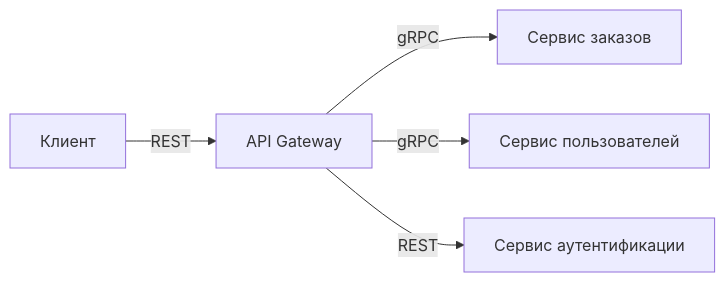
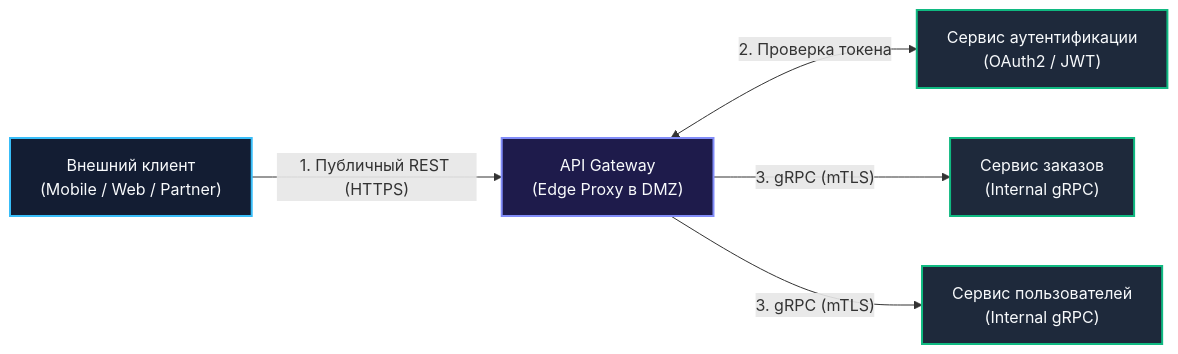
Before and after one commit to UnrealTemplier/go-textbook: the first of 2 diagrams in sources/11. Архитектура и System Design/35. API Gateway и BFF.md, drawn with Mermaid. The commit also changed other lines of this file, not shown here.

````diff
--- a/sources/11. Архитектура и System Design/35. API Gateway и BFF.md
+++ b/sources/11. Архитектура и System Design/35. API Gateway и BFF.md
@@ -18,13 +21,20 @@
 ```mermaid
 flowchart LR
-    Client["Клиент"]
-    Gateway["API Gateway"]
-    Auth["Сервис аутентификации"]
-    Orders["Сервис заказов"]
-    Users["Сервис пользователей"]
+    Client["Внешний клиент<br>(Mobile / Web / Partner)"]
+    Gateway["API Gateway<br>(Edge Proxy в DMZ)"]
+    Auth["Сервис аутентификации<br>(OAuth2 / JWT)"]
+    Orders["Сервис заказов<br>(Internal gRPC)"]
+    Users["Сервис пользователей<br>(Internal gRPC)"]
 
-    Client -->|"REST"| Gateway
-    Gateway -->|"gRPC"| Orders
-    Gateway -->|"gRPC"| Users
-    Gateway -->|"REST"| Auth
+    Client -->|"1. Публичный REST (HTTPS)"| Gateway
+    Gateway <-->|"2. Проверка токена"| Auth
+    Gateway -->|"3. gRPC (mTLS)"| Orders
+    Gateway -->|"3. gRPC (mTLS)"| Users
+
+    classDef client fill:#131d33,stroke:#38bdf8,stroke-width:2px,color:#f8fafc;
+    classDef gw fill:#1e1b4b,stroke:#818cf8,stroke-width:2px,color:#f8fafc;
+    classDef svc fill:#1e293b,stroke:#10b981,stroke-width:2px,color:#f8fafc;
+    class Client client;
+    class Gateway gw;
+    class Auth,Orders,Users svc;
 ```
````
